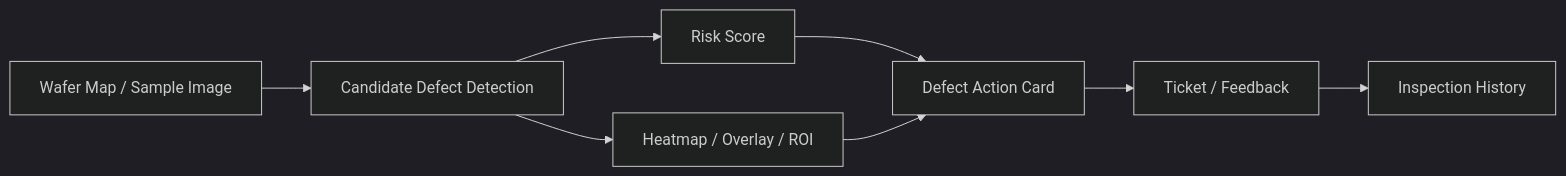
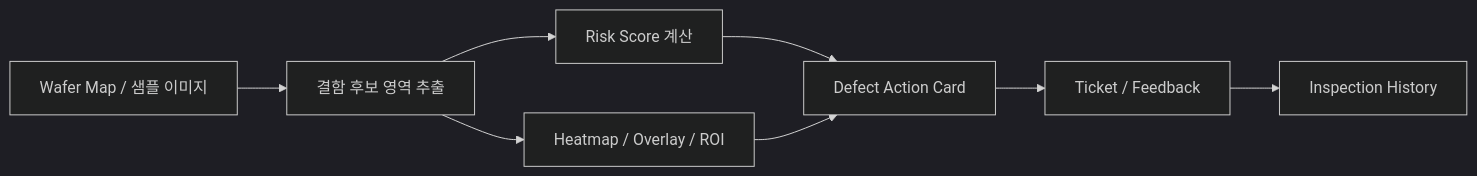
One commit to arnold6444/reprise-project-summaries changed the diagram in docs/semivision-defect-copilot.md. Above: the diagram before and after it, drawn with Mermaid (dark theme). The commit also changed other lines of this file and 3 other files, not shown here.

````diff
--- a/docs/semivision-defect-copilot.md
+++ b/docs/semivision-defect-copilot.md
@@ -17,10 +21,10 @@
 ```mermaid
 flowchart LR
-    A[Wafer Map / Sample Image] --> B[Candidate Defect Detection]
-    B --> C[Risk Score]
+    A[Wafer Map / 샘플 이미지] --> B[결함 후보 영역 추출]
+    B --> C[Risk Score 계산]
     B --> D[Heatmap / Overlay / ROI]
     C --> E[Defect Action Card]
     D --> E
     E --> F[Ticket / Feedback]
     F --> G[Inspection History]
 ```
````
